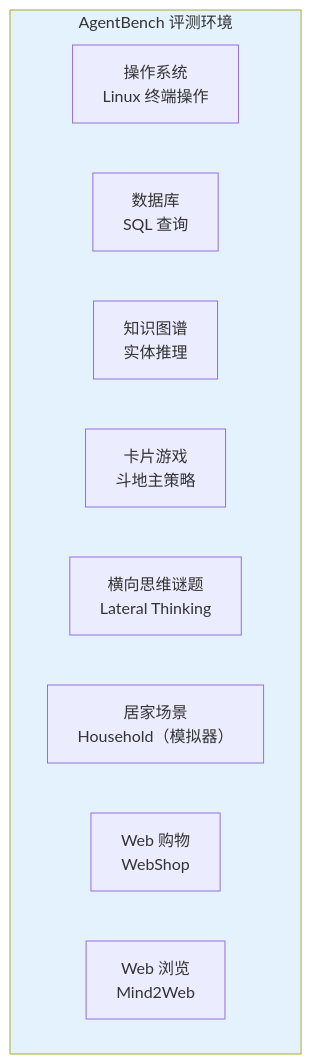
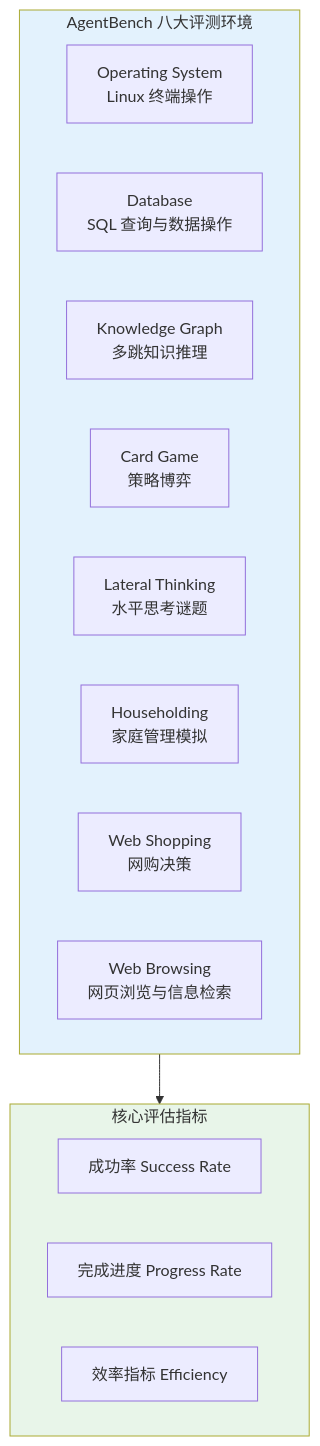
The fourth of 20 diagrams in docs/前沿/03-Agent评测基准.md (UranusGit/java-agent-learn), drawn with Mermaid before and after one commit. The commit also changed other lines of this file and 4 other files, not shown here.

````diff
--- a/docs/前沿/03-Agent评测基准.md
+++ b/docs/前沿/03-Agent评测基准.md
@@ -62,15 +102,24 @@
 ```mermaid
 graph TB
-    subgraph AgentBench["AgentBench 评测环境"]
-        E1["操作系统<br/>Linux 终端操作"]
-        E2["数据库<br/>SQL 查询"]
-        E3["知识图谱<br/>实体推理"]
-        E4["卡片游戏<br/>斗地主策略"]
-        E5["横向思维谜题<br/>Lateral Thinking"]
-        E6["居家场景<br/>Household（模拟器）"]
-        E7["Web 购物<br/>WebShop"]
-        E8["Web 浏览<br/>Mind2Web"]
+    subgraph AgentBench["AgentBench 八大评测环境"]
+        E1["Operating System<br/>Linux 终端操作"]
+        E2["Database<br/>SQL 查询与数据操作"]
+        E3["Knowledge Graph<br/>多跳知识推理"]
+        E4["Card Game<br/>策略博弈"]
+        E5["Lateral Thinking<br/>水平思考谜题"]
+        E6["Householding<br/>家庭管理模拟"]
+        E7["Web Shopping<br/>网购决策"]
+        E8["Web Browsing<br/>网页浏览与信息检索"]
     end
 
+    subgraph 评估["核心评估指标"]
+        M1["成功率 Success Rate"]
+        M2["完成进度 Progress Rate"]
+        M3["效率指标 Efficiency"]
+    end
+
+    AgentBench --> 评估
+
     style AgentBench fill:#e3f2fd
+    style 评估 fill:#e8f5e9
 ```
````
